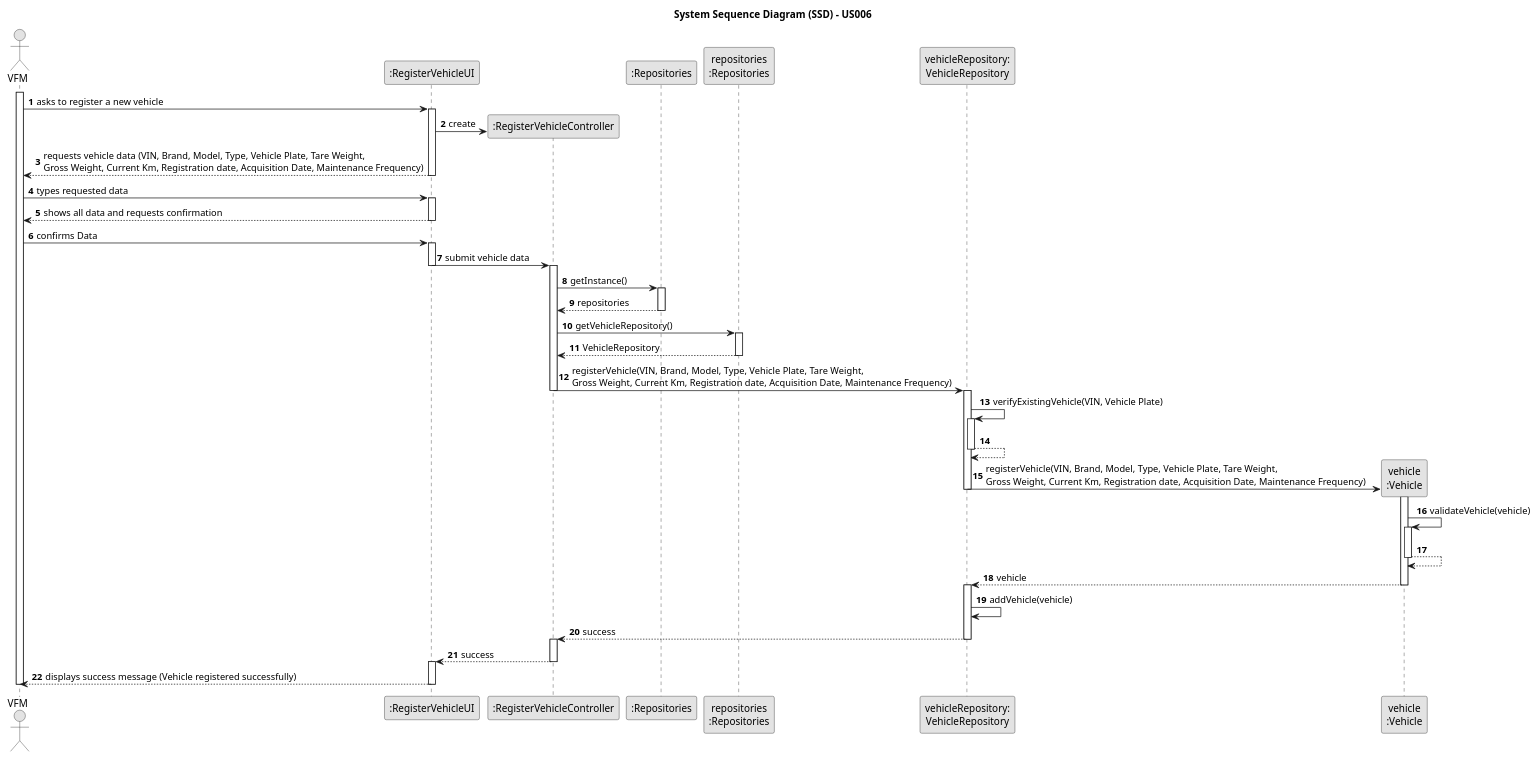
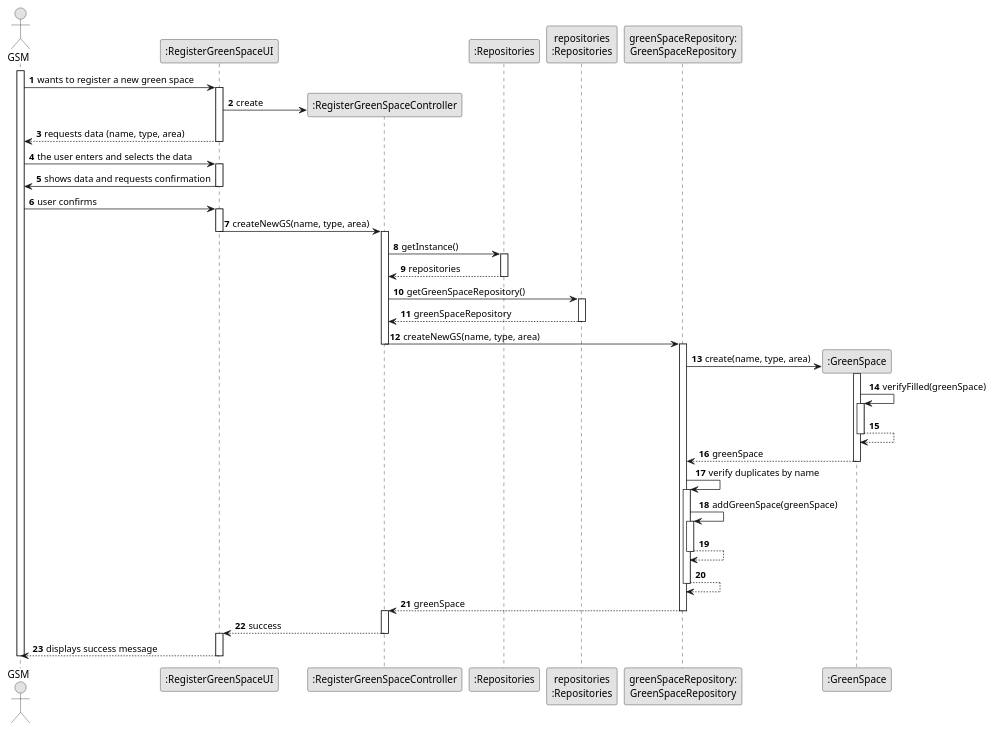
Before and after one commit to ricardomm7/leaflink: the diagram in docs/sprintC/us020/03.design/puml/us020-sequence-diagram-full.puml, drawn with PlantUML. The commit also changed 19 other files, not shown here.

```diff
--- a/docs/sprintC/us020/03.design/puml/us020-sequence-diagram-full.puml
+++ b/docs/sprintC/us020/03.design/puml/us020-sequence-diagram-full.puml
@@ -2,99 +2,73 @@
 @startuml
 skinparam monochrome true
 skinparam packageStyle rectangle
 skinparam shadowing false
 
-title System Sequence Diagram (SSD) - US006
+'title System Sequence Diagram (SSD) - US020
 
 autonumber
 
-actor "VFM" as VFM
-participant ":RegisterVehicleUI" as UI
-participant ":RegisterVehicleController" as CTRL
+actor "GSM" as GSM
+participant ":RegisterGreenSpaceUI" as UI
+participant ":RegisterGreenSpaceController" as CTRL
 participant ":Repositories" as RepositorySingleton
 participant "repositories\n:Repositories" as PLAT
-participant "vehicleRepository:\nVehicleRepository" as VehicleRepository
-participant "vehicle\n:Vehicle" as VEI
+participant "greenSpaceRepository:\nGreenSpaceRepository" as gsrepo
+participant ":GreenSpace" as GS
 
-activate VFM
+activate GSM
 
-    VFM -> UI : asks to register a new vehicle
+    GSM -> UI : wants to register a new green space
     activate UI
 
         UI -> CTRL** : create
 
-        UI --> VFM : requests vehicle data (VIN, Brand, Model, Type, Vehicle Plate, Tare Weight, \nGross Weight, Current Km, Registration date, Acquisition Date, Maintenance Frequency)
+        UI --> GSM : requests data (name, type, area)
         deactivate UI
-
-    VFM -> UI : types requested data
-    activate UI
-
-    UI --> VFM : shows all data and requests confirmation
-    deactivate UI
-
-    VFM -> UI: confirms Data
-    activate UI
-
-        UI -> CTRL : submit vehicle data
-        deactivate UI
-        activate CTRL
-
-            CTRL -> RepositorySingleton: getInstance()
-            activate RepositorySingleton
-
-            RepositorySingleton --> CTRL: repositories
-            deactivate RepositorySingleton
-
-            CTRL -> PLAT: getVehicleRepository()
-            activate PLAT
-
-            PLAT --> CTRL: VehicleRepository
-            deactivate PLAT
-
-        CTRL -> VehicleRepository : registerVehicle(VIN, Brand, Model, Type, Vehicle Plate, Tare Weight, \nGross Weight, Current Km, Registration date, Acquisition Date, Maintenance Frequency)
-        deactivate CTRL
-
-            activate VehicleRepository
-
-        VehicleRepository -> VehicleRepository: verifyExistingVehicle(VIN, Vehicle Plate)
-                                activate VehicleRepository
-
-                                VehicleRepository --> VehicleRepository
-                                deactivate VehicleRepository
-
-
-            VehicleRepository -> VEI **: registerVehicle(VIN, Brand, Model, Type, Vehicle Plate, Tare Weight, \nGross Weight, Current Km, Registration date, Acquisition Date, Maintenance Frequency)
-        deactivate VehicleRepository
-            activate VEI
-
-
-            VEI -> VEI: validateVehicle(vehicle)
-            activate VEI
-
-            VEI --> VEI
-            deactivate VEI
-
-            VEI --> VehicleRepository: vehicle
-            deactivate VEI
-            activate VehicleRepository
-
-
-
-                        VehicleRepository -> VehicleRepository: addVehicle(vehicle)
-
-
-            VehicleRepository --> CTRL: success
-            deactivate VehicleRepository
-            activate CTRL
-
-
-            CTRL --> UI : success
-            deactivate CTRL
-            activate UI
-
-    UI --> VFM : displays success message (Vehicle registered successfully)
-    deactivate UI
-
-deactivate VFM
+GSM -> UI : the user enters and selects the data
+activate UI
+UI-> GSM : shows data and requests confirmation
+deactivate UI
+GSM -> UI: user confirms
+activate UI
+UI -> CTRL : createNewGS(name, type, area)
+deactivate UI
+activate CTRL
+CTRL -> RepositorySingleton : getInstance()
+activate RepositorySingleton
+RepositorySingleton --> CTRL : repositories
+deactivate RepositorySingleton
+CTRL -> PLAT : getGreenSpaceRepository()
+activate PLAT
+PLAT -->  CTRL: greenSpaceRepository
+deactivate PLAT
+CTRL -> gsrepo : createNewGS(name, type, area)
+deactivate CTRL
+activate gsrepo
+gsrepo -> GS** : create(name, type, area)
+activate GS
+GS -> GS : verifyFilled(greenSpace)
+activate GS
+GS--> GS
+deactivate GS
+GS --> gsrepo : greenSpace
+deactivate GS
+gsrepo -> gsrepo : verify duplicates by name
+activate gsrepo
+gsrepo -> gsrepo : addGreenSpace(greenSpace)
+activate gsrepo
+gsrepo-->gsrepo
+deactivate gsrepo
+gsrepo-->gsrepo
+deactivate gsrepo
+gsrepo --> CTRL : greenSpace
+deactivate gsrepo
+activate CTRL
+CTRL --> UI : success
+deactivate CTRL
+activate UI
+UI-->GSM:displays success message
+deactivate UI
+deactivate GSM
 
 @enduml
```
